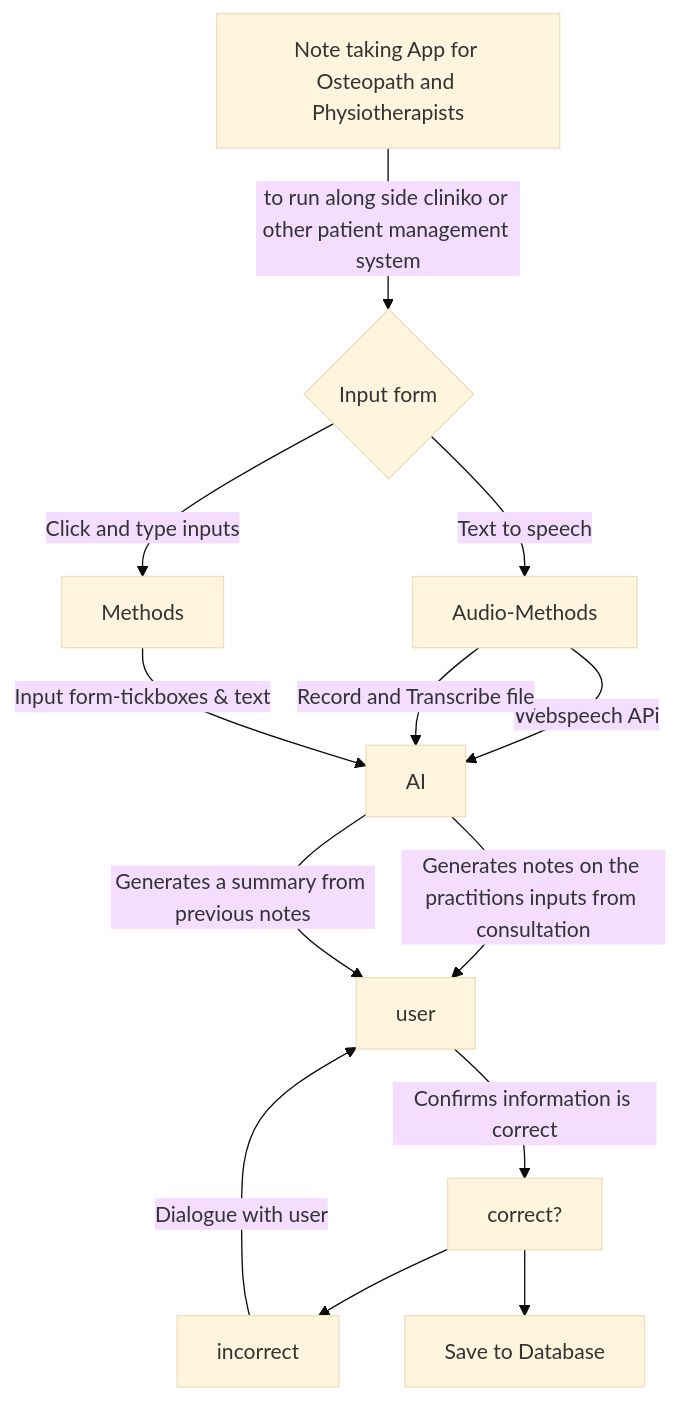
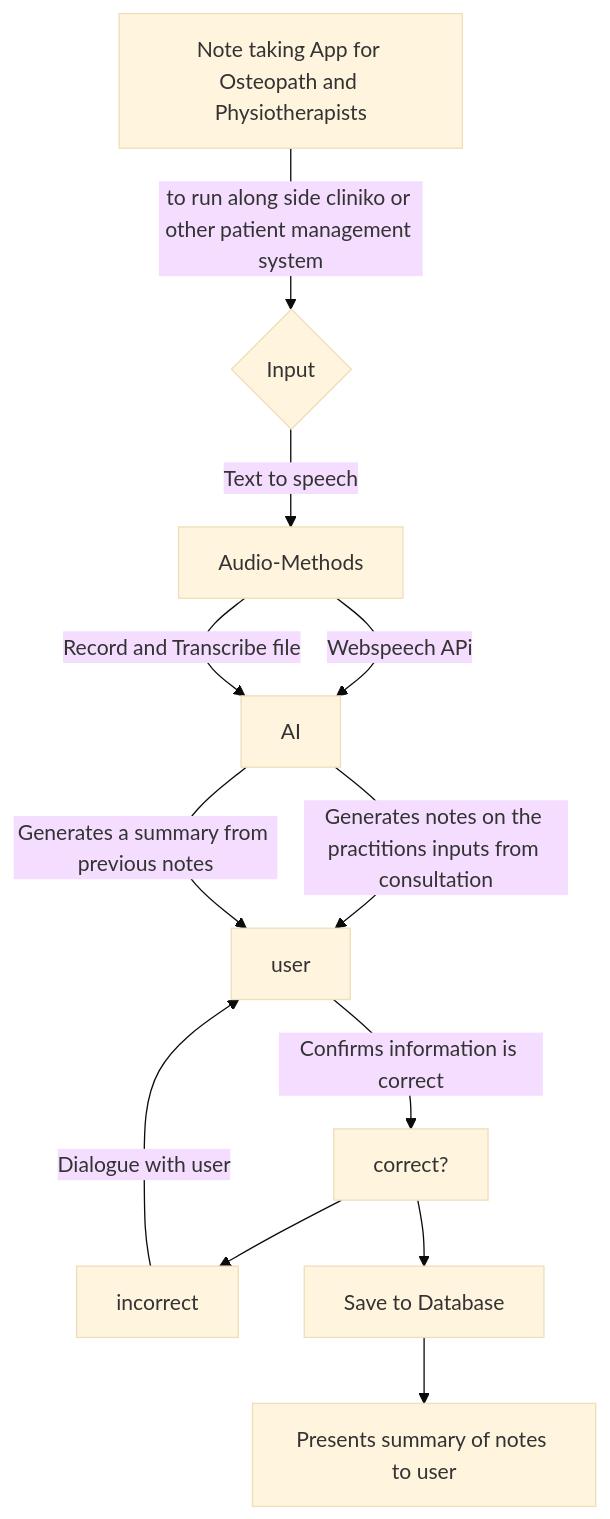
Before and after one commit to sheehanrobb/capstone-project: the diagram in README.md, drawn with Mermaid (base theme). The commit also changed other lines of this file, not shown here.

Commit message:
mermaid updated

````diff
--- a/README.md
+++ b/README.md
@@ -43,16 +50,15 @@
 ```mermaid
 flowchart TD
-    A[Note taking App for Osteopath and Physiotherapists] -->|to run along side cliniko or other patient management system|B
-    B{Input form}
+  A[Note taking App for Osteopath and Physiotherapists] -->|to run along side cliniko or other patient management system|B
+    B{Input}
     B -->|Text to speech|Audio-Methods
     Audio-Methods -->|Webspeech APi|AI
     Audio-Methods -->|Record and Transcribe file|AI
-    Methods -->|Input form-tickboxes & text|AI
-    B -->|Click and type inputs|Methods
     AI-->|Generates notes on the practitions inputs from consultation|E
     AI -->|Generates a summary from previous notes| E[user]
     E -->|Confirms information is correct| F[correct?] 
     F -->G[incorrect]
     G -->|Dialogue with user|E
     F -->H[Save to Database]
+    H -->I[Presents summary of notes to user]
 ```
````
